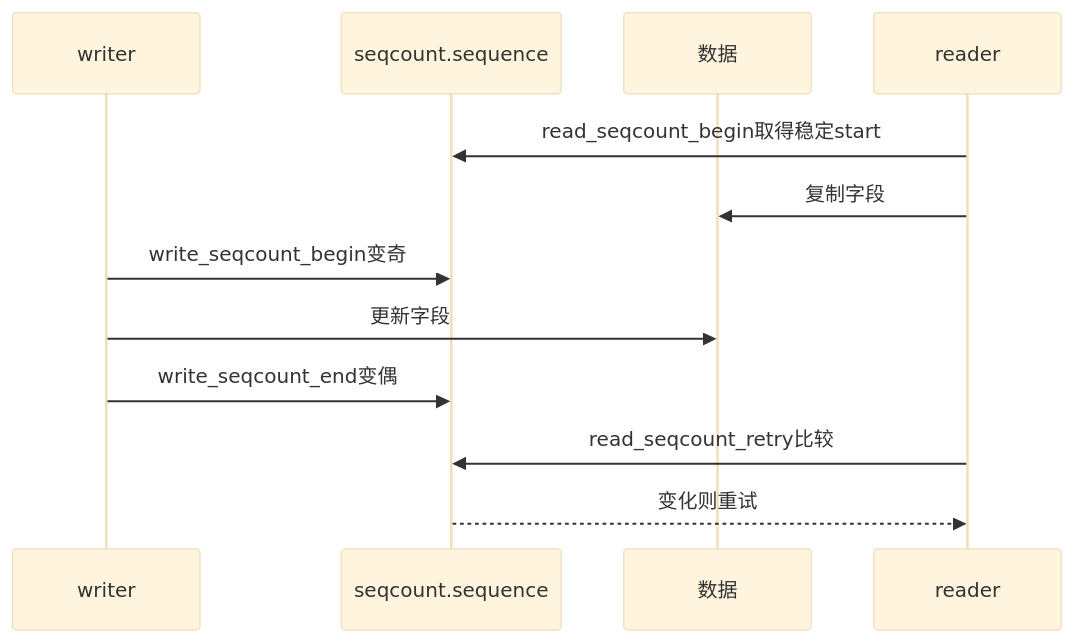
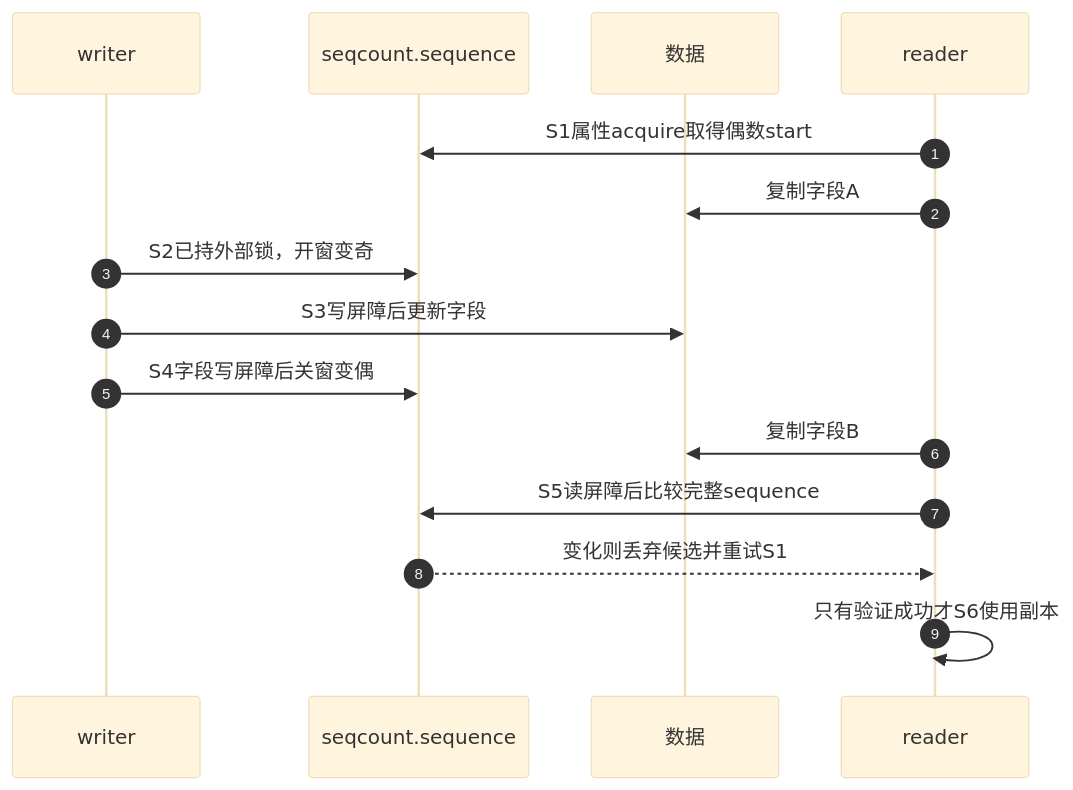
The second of 3 diagrams in research/source_reading/sequence_counters/navigation/P02_Linux_6.12_seqcount与seqlock模块源码概念导读.md (FormingSystem/linux_note), drawn with Mermaid (base theme) before and after one commit. The commit also changed other lines of this file and 12 other files, not shown here.

````diff
--- a/research/source_reading/sequence_counters/navigation/P02_Linux_6.12_seqcount与seqlock模块源码概念导读.md
+++ b/research/source_reading/sequence_counters/navigation/P02_Linux_6.12_seqcount与seqlock模块源码概念导读.md
@@ -24,15 +40,18 @@
 ```mermaid
 sequenceDiagram
+    autonumber
     participant W as writer
     participant S as seqcount.sequence
     participant D as 数据
     participant R as reader
 
-    R->>S: read_seqcount_begin取得稳定start
-    R->>D: 复制字段
-    W->>S: write_seqcount_begin变奇
-    W->>D: 更新字段
-    W->>S: write_seqcount_end变偶
-    R->>S: read_seqcount_retry比较
-    S-->>R: 变化则重试
+    R->>S: S1属性acquire取得偶数start
+    R->>D: 复制字段A
+    W->>S: S2已持外部锁，开窗变奇
+    W->>D: S3写屏障后更新字段
+    W->>S: S4字段写屏障后关窗变偶
+    R->>D: 复制字段B
+    R->>S: S5读屏障后比较完整sequence
+    S-->>R: 变化则丢弃候选并重试S1
+    R->>R: 只有验证成功才S6使用副本
 ```
````
